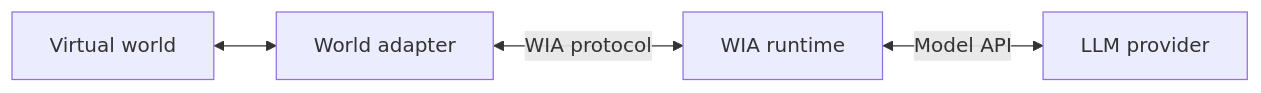
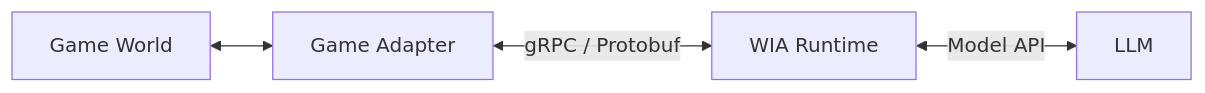
One commit to zlci7/world-is-agent changed the diagram in README.md. Above: the diagram before and after it, drawn with Mermaid. The commit also changed other lines of this file and 1 other file, not shown here.

````diff
--- a/README.md
+++ b/README.md
@@ -15,6 +20,6 @@
 ```mermaid
 flowchart LR
-  World["Virtual world"] <--> Adapter["World adapter"]
-  Adapter <-->|"WIA protocol"| Runtime["WIA runtime"]
-  Runtime <-->|"Model API"| Provider["LLM provider"]
+    Game["Game World"] <--> Adapter["Game Adapter"]
+    Adapter <-->|gRPC / Protobuf| Runtime["WIA Runtime"]
+    Runtime <-->|Model API| LLM["LLM"]
 ```
````
